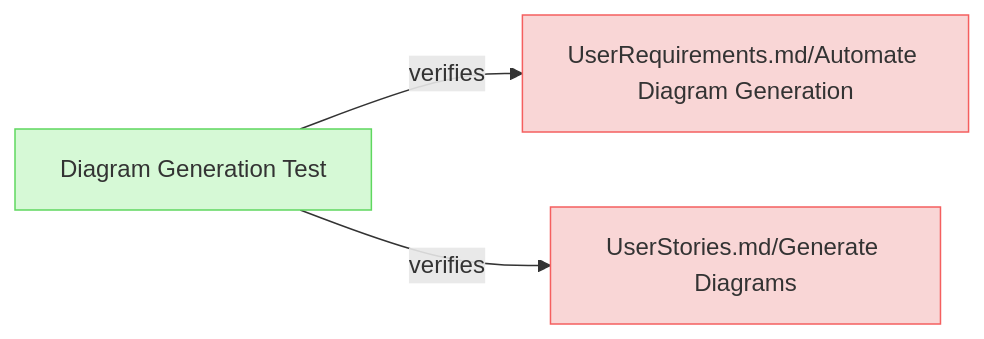
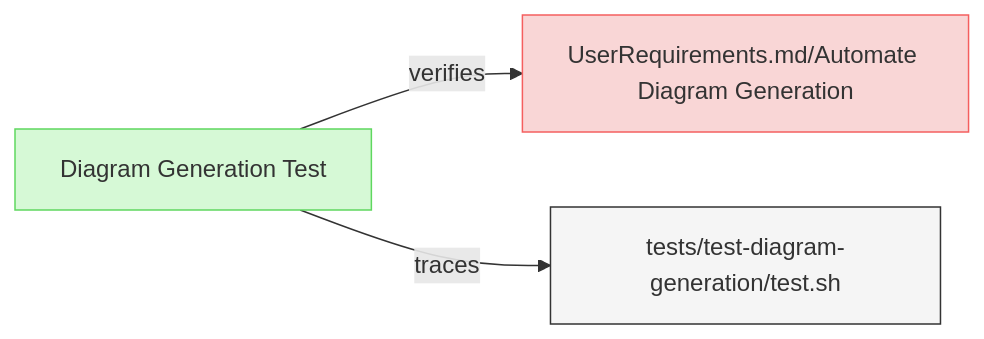
Before and after one commit to reqvire-org/reqvire: the diagram in specifications/Verifications/DiagramsTests.md, drawn with Mermaid. The commit also changed 8 other files, not shown here.

Commit message:
DIagrams Update.

````diff
--- a/specifications/Verifications/DiagramsTests.md
+++ b/specifications/Verifications/DiagramsTests.md
@@ -6,20 +6,20 @@
 ```mermaid
 graph LR;
   %% Graph styling
   classDef requirement fill:#f9d6d6,stroke:#f55f5f,stroke-width:1px;
   classDef verification fill:#d6f9d6,stroke:#5fd75f,stroke-width:1px;
   classDef externalLink fill:#d0e0ff,stroke:#3080ff,stroke-width:1px;
   classDef default fill:#f5f5f5,stroke:#333333,stroke-width:1px;
 
-  b0c9a72e5d["Diagram Generation Test"];
-  click b0c9a72e5d "DiagramsTests.md#diagram-generation-test";
-  class b0c9a72e5d verification;
+  b95c73d7b3["Diagram Generation Test"];
+  click b95c73d7b3 "DiagramsTests.md#diagram-generation-test";
+  class b95c73d7b3 verification;
   81f9235ded["UserRequirements.md/Automate Diagram Generation"];
   class 81f9235ded requirement;
   click 81f9235ded "../UserRequirements.md#automate-diagram-generation";
-  b0c9a72e5d -->|verifies| 81f9235ded;
-  cf0026c2fe["UserStories.md/Generate Diagrams"];
-  class cf0026c2fe requirement;
-  click cf0026c2fe "../UserStories.md#generate-diagrams";
-  b0c9a72e5d -->|verifies| cf0026c2fe;
+  b95c73d7b3 -->|verifies| 81f9235ded;
+  2dd8375bf8["tests/test-diagram-generation/test.sh"];
+  class 2dd8375bf8 default;
+  click 2dd8375bf8 "../../tests/test-diagram-generation/test.sh";
+  b95c73d7b3 -->|traces| 2dd8375bf8;
 ```
````
